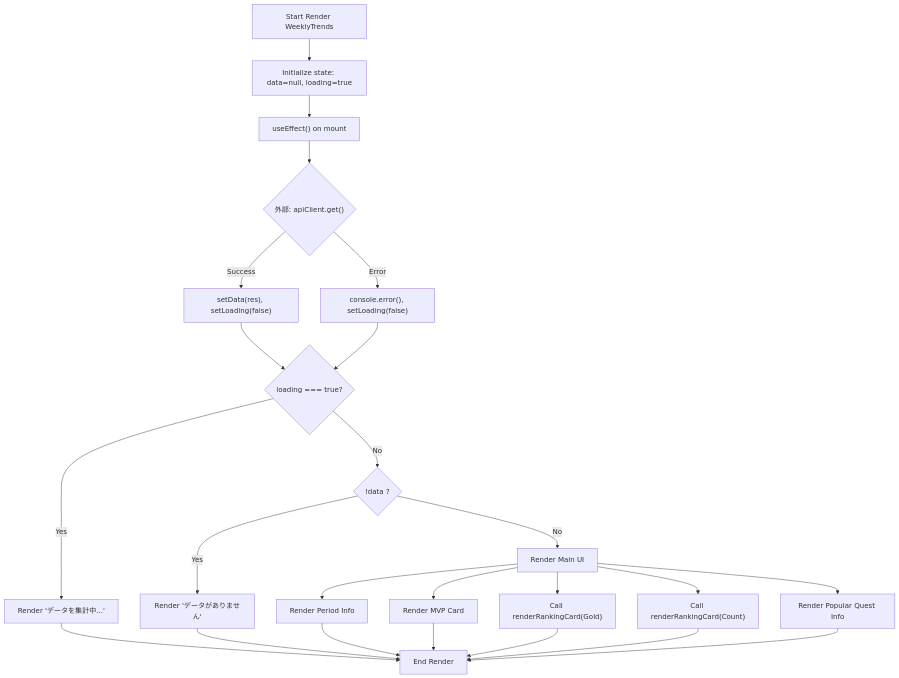
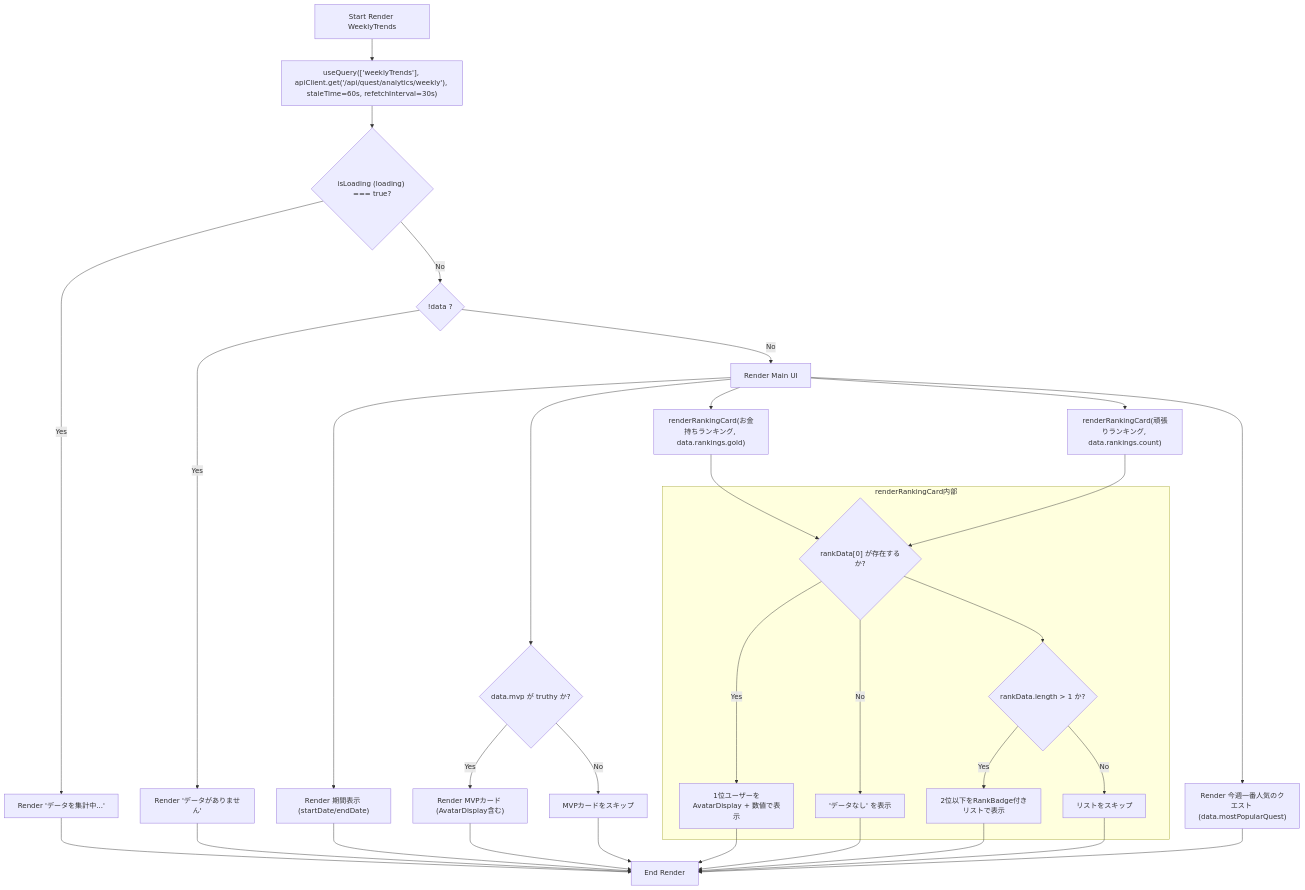
One commit to mmtigers/my_python_project changed the first of 2 diagrams in docs/specifications/family-quest/src/features/family/components/WeeklyTrends.md. Above: the diagram before and after it, drawn with Mermaid. The commit also changed other lines of this file and 7 other files, not shown here.

````diff
--- a/docs/specifications/family-quest/src/features/family/components/WeeklyTrends.md
+++ b/docs/specifications/family-quest/src/features/family/components/WeeklyTrends.md
@@ -141,34 +141,42 @@
 ```mermaid
 flowchart TD
-    Start["Start Render WeeklyTrends"] --> Init["Initialize state: data=null, loading=true"]
-    Init --> Effect["useEffect() on mount"]
-    
-    Effect --> API{"外部: apiClient.get()"}
-    API -- Success --> SetData["setData(res), setLoading(false)"]
-    API -- Error --> Catch["console.error(), setLoading(false)"]
-    
-    SetData --> RenderCheck
-    Catch --> RenderCheck
+    Start["Start Render WeeklyTrends"] --> Query["useQuery(['weeklyTrends'], apiClient.get('/api/quest/analytics/weekly'), staleTime=60s, refetchInterval=30s)"]
 
-    RenderCheck{"loading === true?"}
-    RenderCheck -- Yes --> ShowLoading["Render 'データを集計中...'"]
-    RenderCheck -- No --> DataCheck{"!data ?"}
-    
-    DataCheck -- Yes --> ShowNoData["Render 'データがありません'"]
+    Query --> LoadingCheck{"isLoading (loading) === true?"}
+    LoadingCheck -- Yes --> ShowLoading["Render 'データを集計中...'"] --> End["End Render"]
+    LoadingCheck -- No --> DataCheck{"!data ?"}
+
+    DataCheck -- Yes --> ShowNoData["Render 'データがありません'"] --> End
     DataCheck -- No --> RenderMain["Render Main UI"]
 
-    RenderMain --> RenderPeriod["Render Period Info"]
-    RenderMain --> RenderMVP["Render MVP Card"]
-    RenderMain --> RenderGoldRanking["Call renderRankingCard(Gold)"]
-    RenderMain --> RenderCountRanking["Call renderRankingCard(Count)"]
-    RenderMain --> RenderPopularQuest["Render Popular Quest Info"]
-    
-    RenderPeriod --> End["End Render"]
+    RenderMain --> RenderPeriod["Render 期間表示 (startDate/endDate)"]
+    RenderMain --> MvpCheck{"data.mvp が truthy か?"}
+    MvpCheck -- Yes --> RenderMVP["Render MVPカード (AvatarDisplay含む)"]
+    MvpCheck -- No --> SkipMVP["MVPカードをスキップ"]
+    RenderMain --> RenderGoldRanking["renderRankingCard(お金持ちランキング, data.rankings.gold)"]
+    RenderMain --> RenderCountRanking["renderRankingCard(頑張りランキング, data.rankings.count)"]
+    RenderMain --> RenderPopularQuest["Render 今週一番人気のクエスト (data.mostPopularQuest)"]
+
+    subgraph renderRankingCard内部
+        RC_TopCheck{"rankData[0] が存在するか?"}
+        RC_TopCheck -- Yes --> RC_ShowTop["1位ユーザーをAvatarDisplay + 数値で表示"]
+        RC_TopCheck -- No --> RC_NoData["'データなし' を表示"]
+        RC_OtherCheck{"rankData.length > 1 か?"}
+        RC_OtherCheck -- Yes --> RC_ShowList["2位以下をRankBadge付きリストで表示"]
+        RC_OtherCheck -- No --> RC_SkipList["リストをスキップ"]
+    end
+
+    RenderGoldRanking --> RC_TopCheck
+    RenderCountRanking --> RC_TopCheck
+    RC_TopCheck --> RC_OtherCheck
+
+    RenderPeriod --> End
     RenderMVP --> End
-    RenderGoldRanking --> End
-    RenderCountRanking --> End
+    SkipMVP --> End
+    RC_ShowTop --> End
+    RC_NoData --> End
+    RC_ShowList --> End
+    RC_SkipList --> End
     RenderPopularQuest --> End
-    ShowLoading --> End
-    ShowNoData --> End
 
 ```
````
